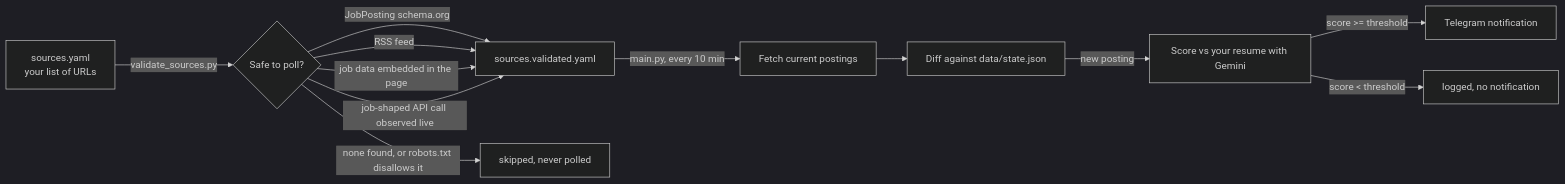
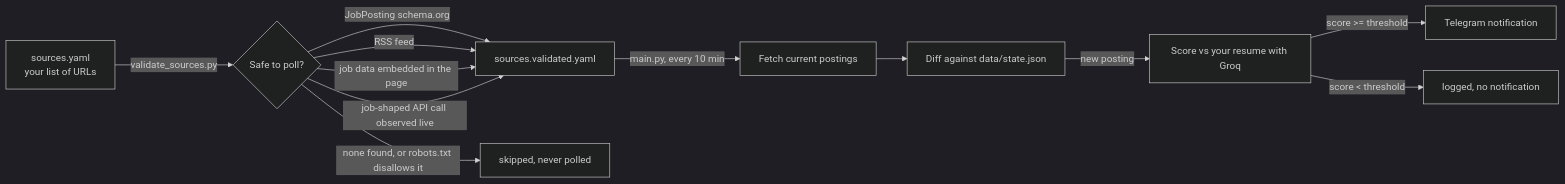
The diagram in README.md (asherginting/pantau-loker), drawn with Mermaid (dark theme) before and after one commit. The commit also changed other lines of this file and 8 other files, not shown here.

````diff
--- a/README.md
+++ b/README.md
@@ -29,14 +29,14 @@
 ```mermaid
 flowchart LR
     A[sources.yaml<br/>your list of URLs] -->|validate_sources.py| B{Safe to poll?}
     B -->|JobPosting schema.org| C[sources.validated.yaml]
     B -->|RSS feed| C
     B -->|job data embedded in the page| C
     B -->|job-shaped API call observed live| C
     B -->|none found, or robots.txt disallows it| D[skipped, never polled]
     C -->|main.py, every 10 min| E[Fetch current postings]
     E --> F[Diff against data/state.json]
-    F -->|new posting| G[Score vs your resume with Gemini]
+    F -->|new posting| G[Score vs your resume with Groq]
     G -->|score >= threshold| H[Telegram notification]
     G -->|score < threshold| I[logged, no notification]
 ```
````
